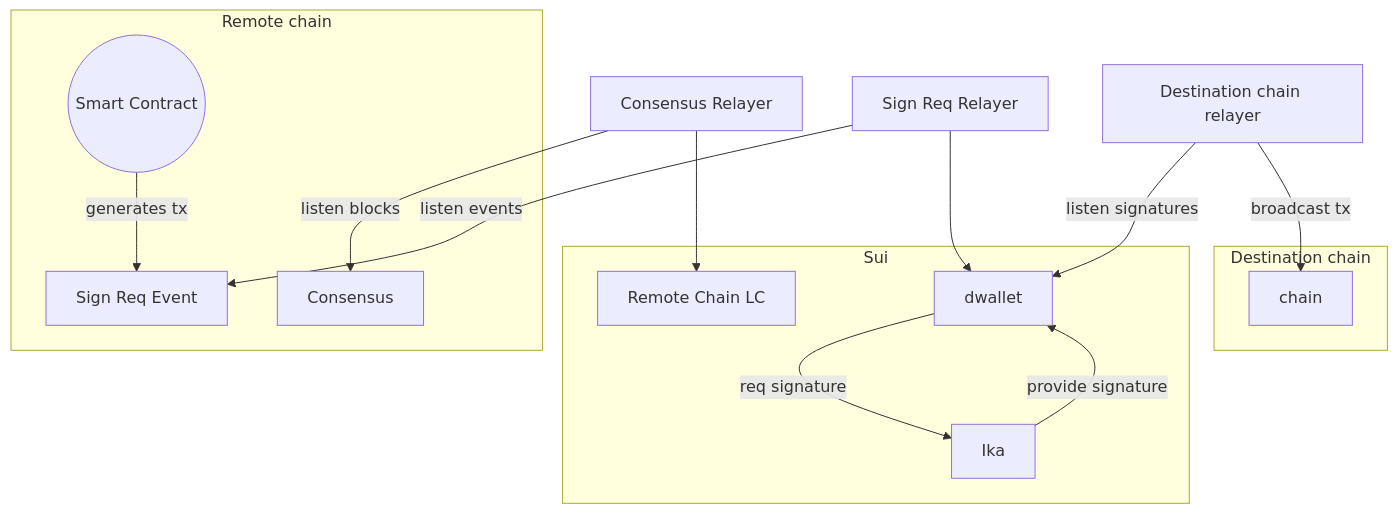
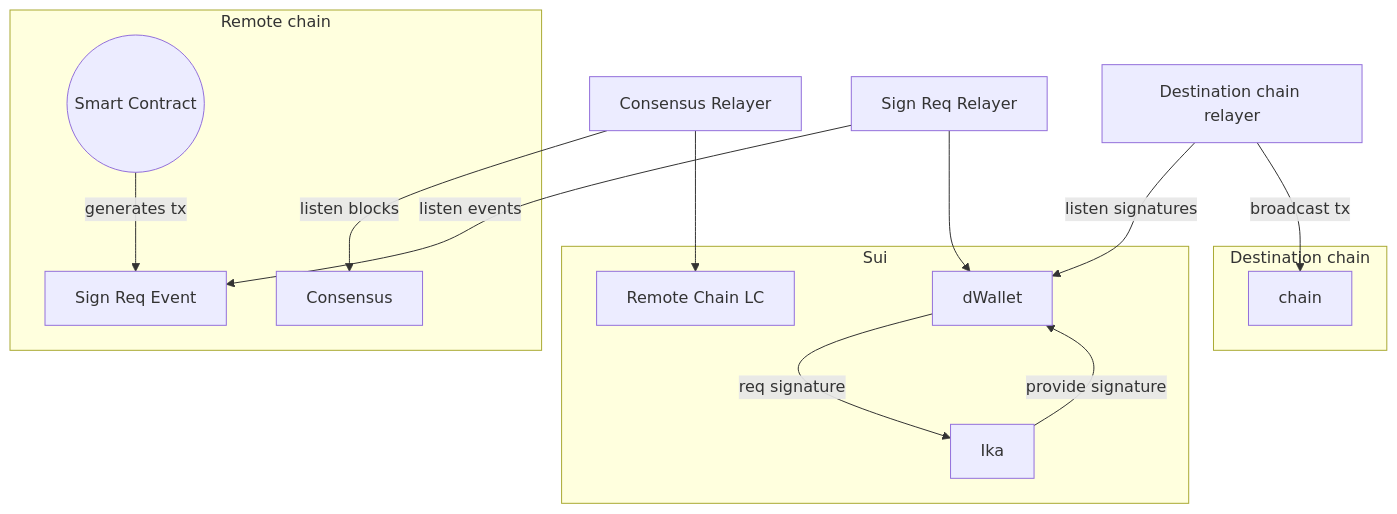
One commit to gonative-cc/relayer changed the diagram in remote2ika/README.md. Above: the diagram before and after it, drawn with Mermaid. The commit also changed other lines of this file, not shown here.

````diff
--- a/remote2ika/README.md
+++ b/remote2ika/README.md
@@ -40,29 +40,29 @@
 ```mermaid
 flowchart 
     subgraph "Remote chain"
     Start((Smart Contract)) -->|generates tx| SRE[Sign Req Event]
     Consensus
     end
 
     CRelayer[Consensus Relayer] --listen blocks--> Consensus
     SRRelayer[Sign Req Relayer] --listen events--> SRE
 
     subgraph "Sui"
     SuiRLC[Remote Chain LC] 
-    dwallet
+    dWallet
     Ika
     end
 
     CRelayer --> SuiRLC
-    SRRelayer-->dwallet
-    dwallet --req signature--> Ika
-    Ika --provide signature-->dwallet
+    SRRelayer-->dWallet
+    dWallet --req signature--> Ika
+    Ika --provide signature-->dWallet
 
     subgraph "Destination chain"
     chain
     end
 
     DCRelayer[Destination chain relayer]
-    DCRelayer -- listen signatures--> dwallet 
+    DCRelayer -- listen signatures--> dWallet 
     DCRelayer -- broadcast tx --> chain
 ```
````
